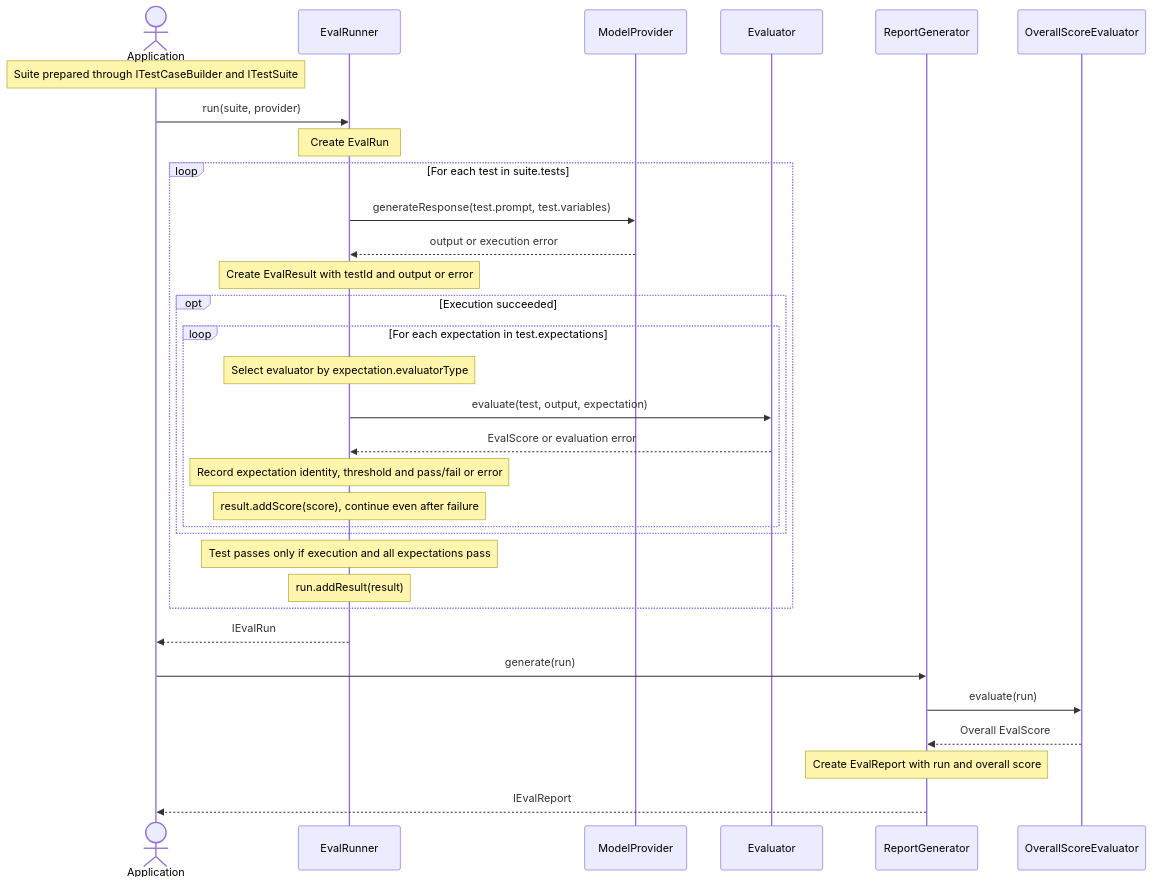
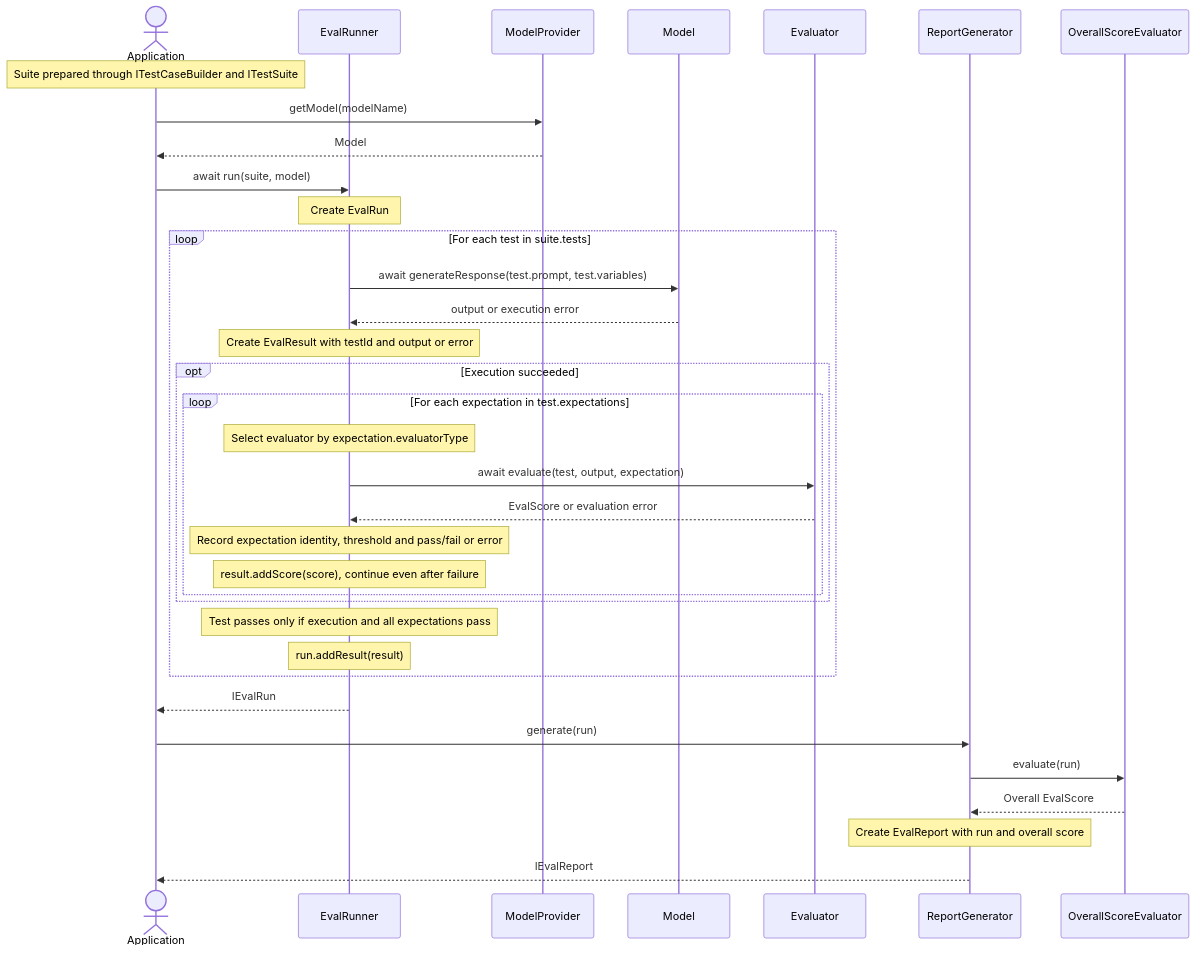
The second of 4 diagrams in doc/domain-design.md (Alessia-05/smartest-ai-testbook), drawn with Mermaid before and after one commit. The commit also changed other lines of this file and 41 other files, not shown here.

````diff
--- a/doc/domain-design.md
+++ b/doc/domain-design.md
@@ -202,35 +209,38 @@
 ```mermaid
 sequenceDiagram
     actor App as Application
     participant Runner as EvalRunner
     participant Provider as ModelProvider
+    participant Model
     participant Evaluator
     participant Generator as ReportGenerator
     participant Overall as OverallScoreEvaluator
 
     Note over App: Suite prepared through ITestCaseBuilder and ITestSuite
-    App->>Runner: run(suite, provider)
+    App->>Provider: getModel(modelName)
+    Provider-->>App: Model
+    App->>Runner: await run(suite, model)
     Note over Runner: Create EvalRun
     loop For each test in suite.tests
-        Runner->>Provider: generateResponse(test.prompt, test.variables)
-        Provider-->>Runner: output or execution error
+        Runner->>Model: await generateResponse(test.prompt, test.variables)
+        Model-->>Runner: output or execution error
         Note over Runner: Create EvalResult with testId and output or error
         opt Execution succeeded
             loop For each expectation in test.expectations
                 Note over Runner: Select evaluator by expectation.evaluatorType
-                Runner->>Evaluator: evaluate(test, output, expectation)
+                Runner->>Evaluator: await evaluate(test, output, expectation)
                 Evaluator-->>Runner: EvalScore or evaluation error
                 Note over Runner: Record expectation identity, threshold and pass/fail or error
                 Note over Runner: result.addScore(score), continue even after failure
             end
         end
         Note over Runner: Test passes only if execution and all expectations pass
         Note over Runner: run.addResult(result)
     end
     Runner-->>App: IEvalRun
     App->>Generator: generate(run)
     Generator->>Overall: evaluate(run)
     Overall-->>Generator: Overall EvalScore
     Note over Generator: Create EvalReport with run and overall score
     Generator-->>App: IEvalReport
 ```
````
